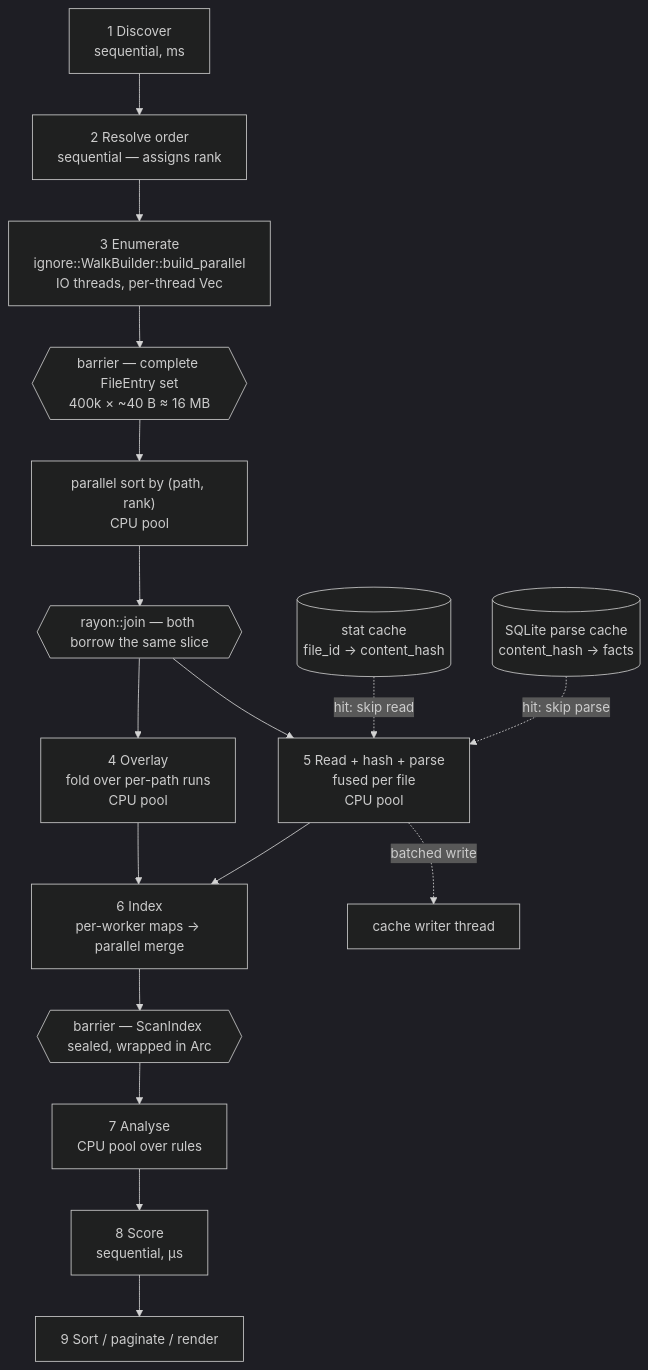
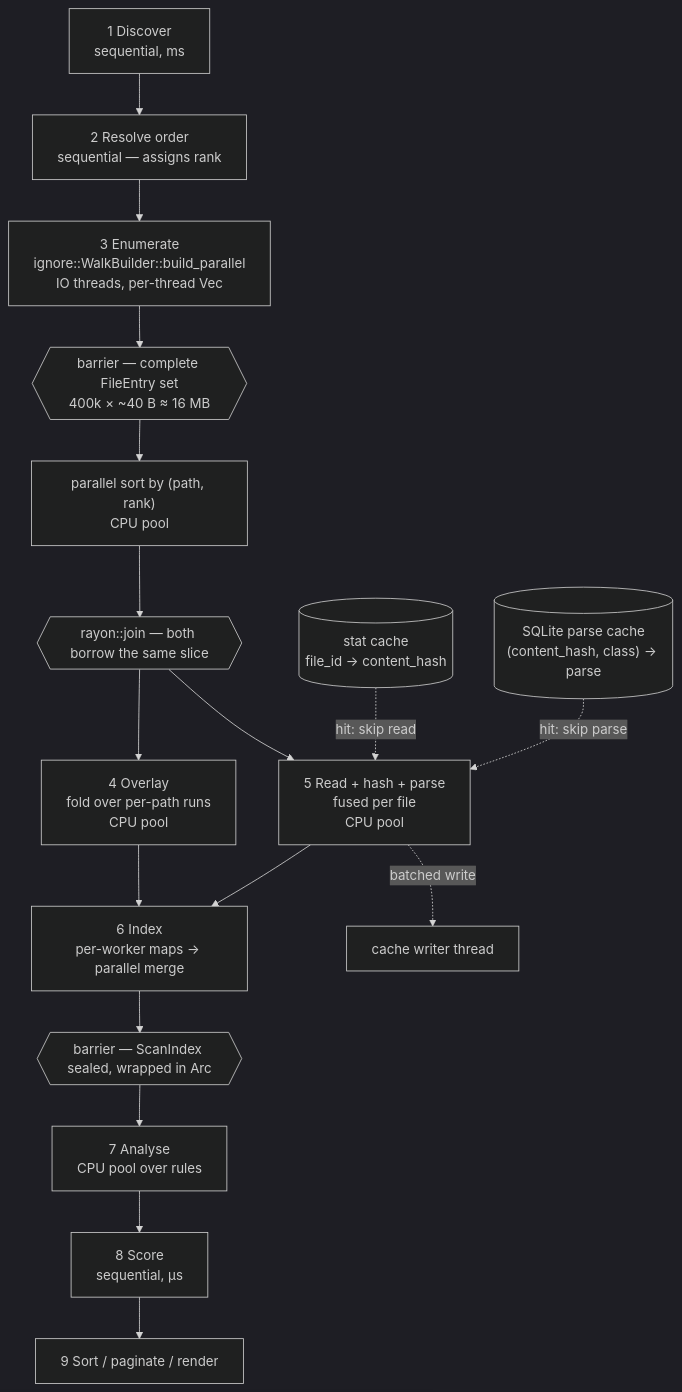
The second of 3 diagrams in docs/architecture/04-process-architecture.md (BrooklynD23/Mods-Tool-Stellaris), drawn with Mermaid (dark theme) before and after one commit. The commit also changed other lines of this file and 206 other files, not shown here.

````diff
--- a/docs/architecture/04-process-architecture.md
+++ b/docs/architecture/04-process-architecture.md
@@ -124,19 +124,19 @@
 ```mermaid
 flowchart TB
     A["1 Discover\nsequential, ms"] --> B["2 Resolve order\nsequential — assigns rank"]
     B --> C["3 Enumerate\nignore::WalkBuilder::build_parallel\nIO threads, per-thread Vec"]
     C --> BAR1{{"barrier — complete FileEntry set\n400k × ~40 B ≈ 16 MB"}}
     BAR1 --> S["parallel sort by (path, rank)\nCPU pool"]
     S --> JOIN{{"rayon::join — both borrow the same slice"}}
     JOIN --> D["4 Overlay\nfold over per-path runs\nCPU pool"]
     JOIN --> E["5 Read + hash + parse\nfused per file\nCPU pool"]
     D --> F["6 Index\nper-worker maps → parallel merge"]
     E --> F
     F --> BAR2{{"barrier — ScanIndex sealed, wrapped in Arc"}}
     BAR2 --> G["7 Analyse\nCPU pool over rules"]
     G --> H["8 Score\nsequential, µs"]
     H --> I["9 Sort / paginate / render"]
     STAT[("stat cache\nfile_id → content_hash")] -. "hit: skip read" .-> E
-    FACTS[("SQLite parse cache\ncontent_hash → facts")] -. "hit: skip parse" .-> E
+    FACTS[("SQLite parse cache\n(content_hash, class) → parse")] -. "hit: skip parse" .-> E
     E -. "batched write" .-> CW["cache writer thread"]
 ```
````
